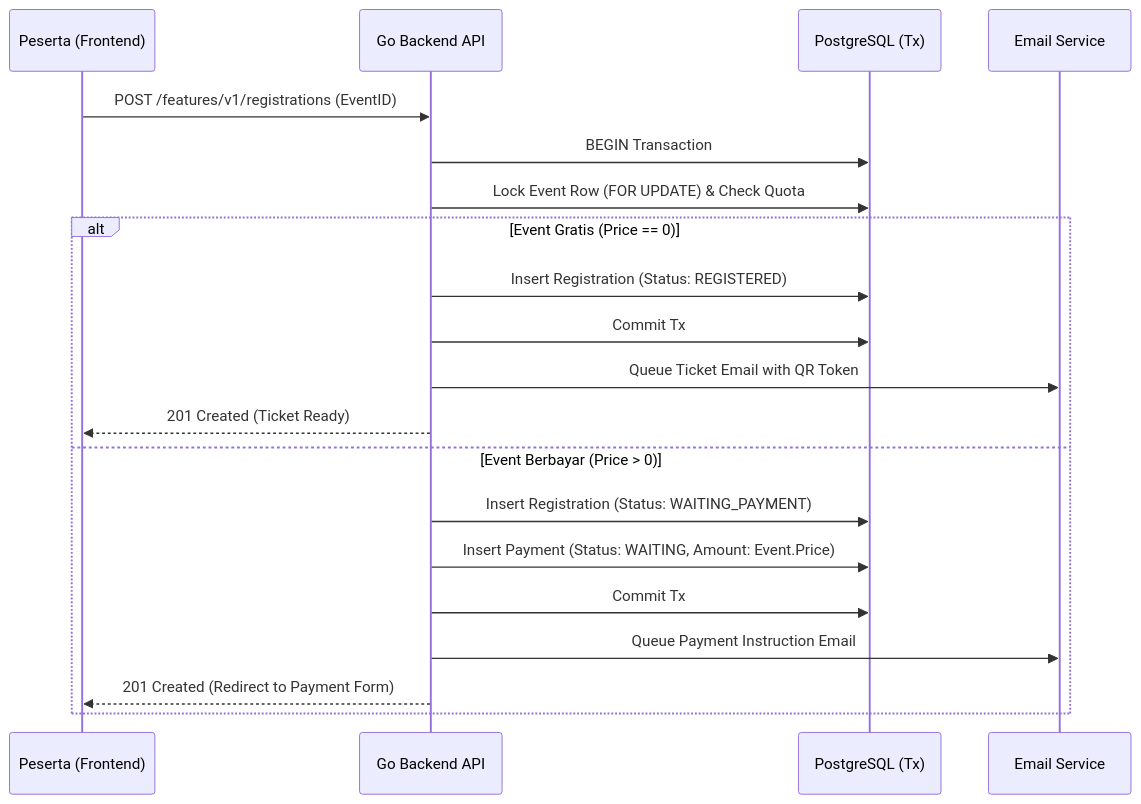
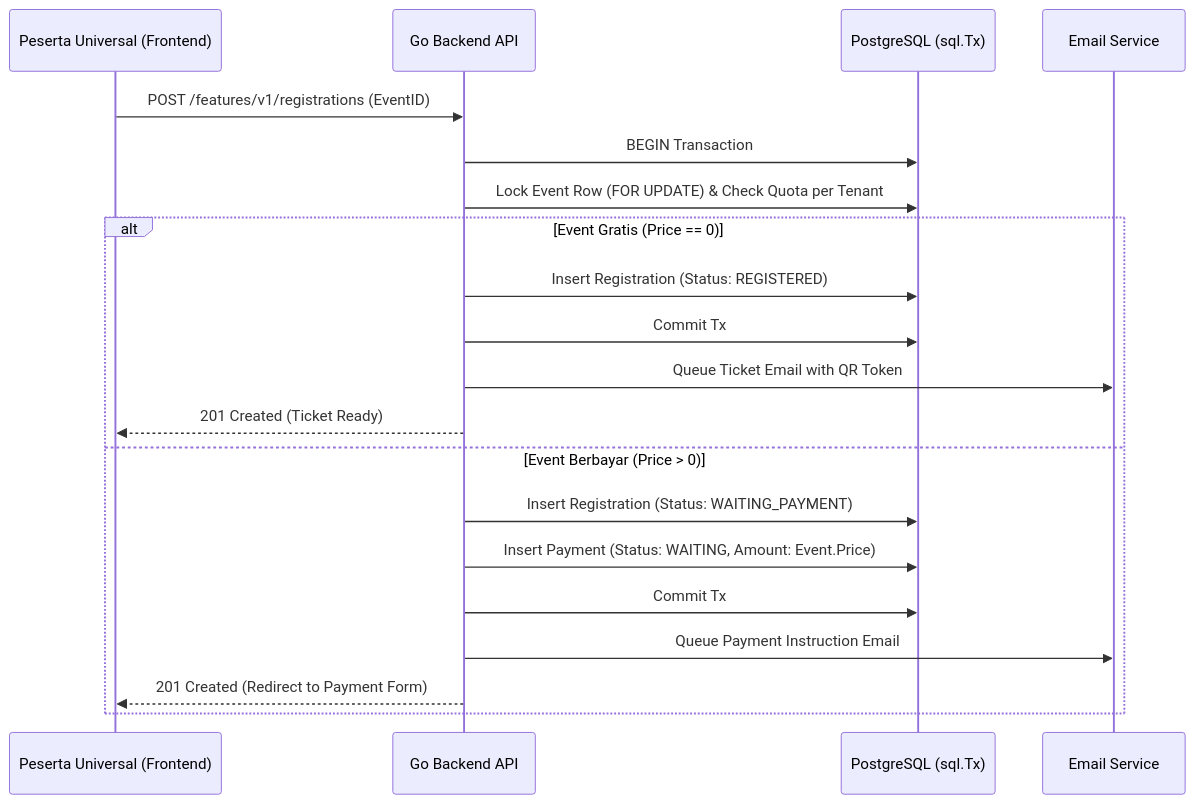
The diagram in PRD/11_REGISTRATION_MODULE.md (nuflakbrr/untitled), drawn with Mermaid before and after one commit. The commit also changed other lines of this file and 112 other files, not shown here.

Commit message:
feat: implement hierarchical multi-tenancy architecture and iPaymu payment gateway

````diff
--- a/PRD/11_REGISTRATION_MODULE.md
+++ b/PRD/11_REGISTRATION_MODULE.md
@@ -29,23 +31,23 @@
 ```mermaid
 sequenceDiagram
-    participant User as Peserta (Frontend)
+    participant User as Peserta Universal (Frontend)
     participant API as Go Backend API
-    participant DB as PostgreSQL (Tx)
+    participant DB as PostgreSQL (sql.Tx)
     participant Mail as Email Service
 
     User->>API: POST /features/v1/registrations (EventID)
     API->>DB: BEGIN Transaction
-    API->>DB: Lock Event Row (FOR UPDATE) & Check Quota
+    API->>DB: Lock Event Row (FOR UPDATE) & Check Quota per Tenant
     alt Event Gratis (Price == 0)
         API->>DB: Insert Registration (Status: REGISTERED)
         API->>DB: Commit Tx
         API->>Mail: Queue Ticket Email with QR Token
         API-->>User: 201 Created (Ticket Ready)
     else Event Berbayar (Price > 0)
         API->>DB: Insert Registration (Status: WAITING_PAYMENT)
         API->>DB: Insert Payment (Status: WAITING, Amount: Event.Price)
         API->>DB: Commit Tx
         API->>Mail: Queue Payment Instruction Email
         API-->>User: 201 Created (Redirect to Payment Form)
     end
 ```
````
